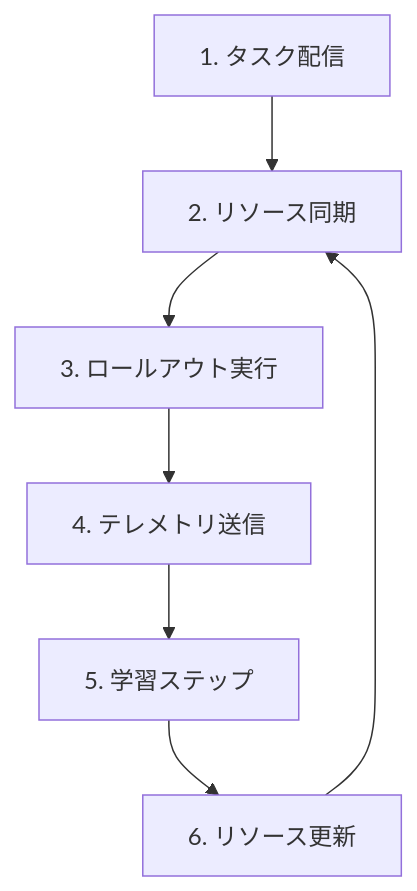
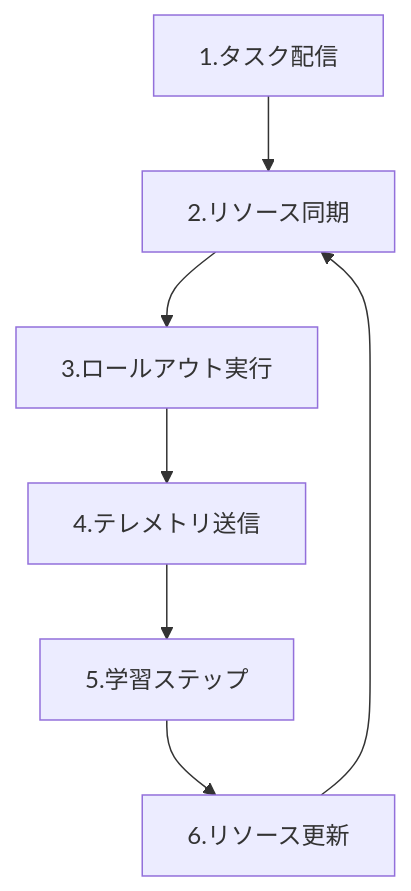
Before and after one commit to suwa-sh/zenn-contents: the second of 4 diagrams in articles/agent_lightning_kanzen_guide_20260219.md, drawn with Mermaid.

````diff
--- a/articles/agent_lightning_kanzen_guide_20260219.md
+++ b/articles/agent_lightning_kanzen_guide_20260219.md
@@ -113,9 +113,9 @@
 ```mermaid
 graph TD
-    T1[1. タスク配信] --> T2[2. リソース同期]
-    T2 --> T3[3. ロールアウト実行]
-    T3 --> T4[4. テレメトリ送信]
-    T4 --> T5[5. 学習ステップ]
-    T5 --> T6[6. リソース更新]
+    T1[1.タスク配信] --> T2[2.リソース同期]
+    T2 --> T3[3.ロールアウト実行]
+    T3 --> T4[4.テレメトリ送信]
+    T4 --> T5[5.学習ステップ]
+    T5 --> T6[6.リソース更新]
     T6 --> T2
 ```
````
